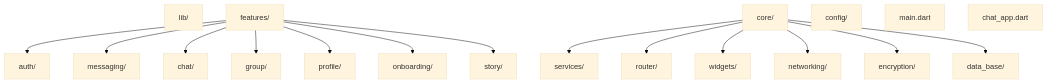
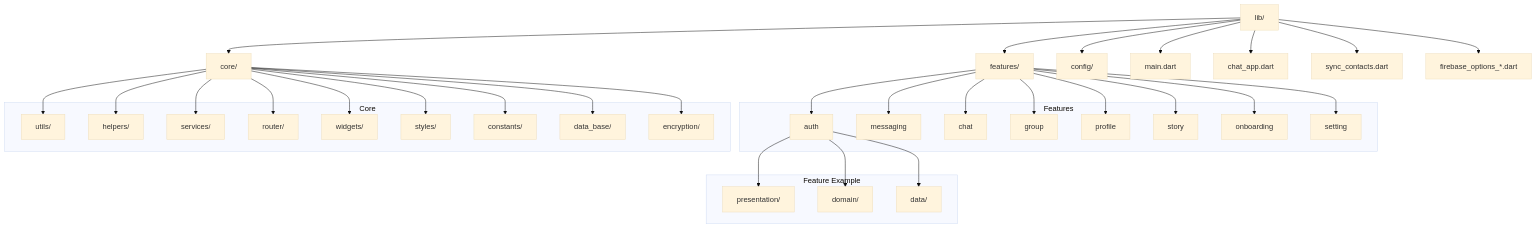
One commit to najeebaslan/telefay-chat changed the first of 3 diagrams in README.md. Above: the diagram before and after it, drawn with Mermaid (base theme). The commit also changed other lines of this file, not shown here.

````diff
--- a/README.md
+++ b/README.md
@@ -104,20 +181,68 @@
 ```mermaid
-graph TD;
+graph TD
   A[lib/]
-  A1[features/] --> A11[auth/]
-  A1 --> A12[messaging/]
-  A1 --> A13[chat/]
-  A1 --> A14[group/]
-  A1 --> A15[profile/]
-  A1 --> A16[onboarding/]
-  A1 --> A17[story/]
-  A2[core/] --> A21[services/]
-  A2 --> A22[router/]
-  A2 --> A23[widgets/]
-  A2 --> A24[networking/]
-  A2 --> A25[encryption/]
-  A2 --> A26[data_base/]
+  A1[features/]
+  A2[core/]
   A3[config/]
   A4[main.dart]
   A5[chat_app.dart]
+  A6[sync_contacts.dart]
+  A7[firebase_options_*.dart]
+  
+  A --> A1
+  A --> A2
+  A --> A3
+  A --> A4
+  A --> A5
+  A --> A6
+  A --> A7
+  
+  subgraph Features
+    F1[auth]
+    F2[messaging]
+    F3[chat]
+    F4[group]
+    F5[profile]
+    F6[story]
+    F7[onboarding]
+    F8[setting]
+  end
+  A1 --> F1
+  A1 --> F2
+  A1 --> F3
+  A1 --> F4
+  A1 --> F5
+  A1 --> F6
+  A1 --> F7
+  A1 --> F8
+  
+  subgraph Feature Example
+    F1P[presentation/]
+    F1D[domain/]
+    F1DA[data/]
+  end
+  F1 --> F1P
+  F1 --> F1D
+  F1 --> F1DA
+  
+  subgraph Core
+    C1[utils/]
+    C2[helpers/]
+    C3[services/]
+    C4[router/]
+    C5[widgets/]
+    C6[styles/]
+    C7[constants/]
+    C8[data_base/]
+    C9[encryption/]
+  end
+  A2 --> C1
+  A2 --> C2
+  A2 --> C3
+  A2 --> C4
+  A2 --> C5
+  A2 --> C6
+  A2 --> C7
+  A2 --> C8
+  A2 --> C9
 ```
````
